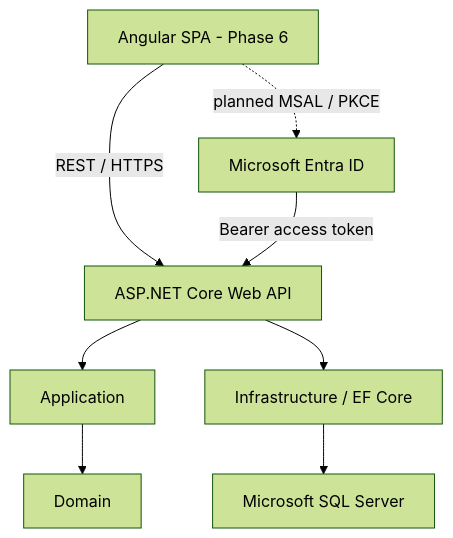
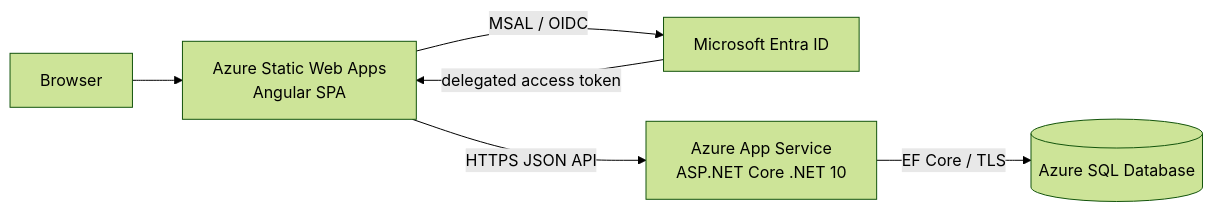
One commit to mirzahussnain/care-track changed the second of 2 diagrams in README.md. Above: the diagram before and after it, drawn with Mermaid (forest theme). The commit also changed other lines of this file and 22 other files, not shown here.

````diff
--- a/README.md
+++ b/README.md
@@ -141,12 +67,8 @@
 ```mermaid
-flowchart TD
-    SPA[Angular SPA - Phase 6] -->|REST / HTTPS| API[ASP.NET Core Web API]
-    API --> APP[Application]
-    APP --> DOM[Domain]
-
-    API --> INF[Infrastructure / EF Core]
-    INF --> DB[Microsoft SQL Server]
-
-    ENTRA[Microsoft Entra ID] -->|Bearer access token| API
-    SPA -. planned MSAL / PKCE .-> ENTRA
+flowchart LR
+    B[Browser] --> SWA[Azure Static Web Apps<br/>Angular SPA]
+    SWA -->|MSAL / OIDC| E[Microsoft Entra ID]
+    E -->|delegated access token| SWA
+    SWA -->|HTTPS JSON API| API[Azure App Service<br/>ASP.NET Core .NET 10]
+    API -->|EF Core / TLS| SQL[(Azure SQL Database)]
 ```
````
